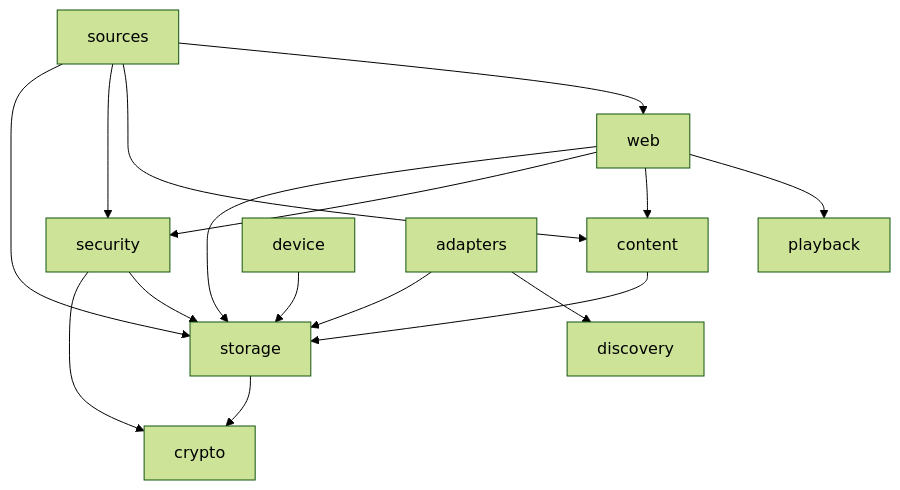
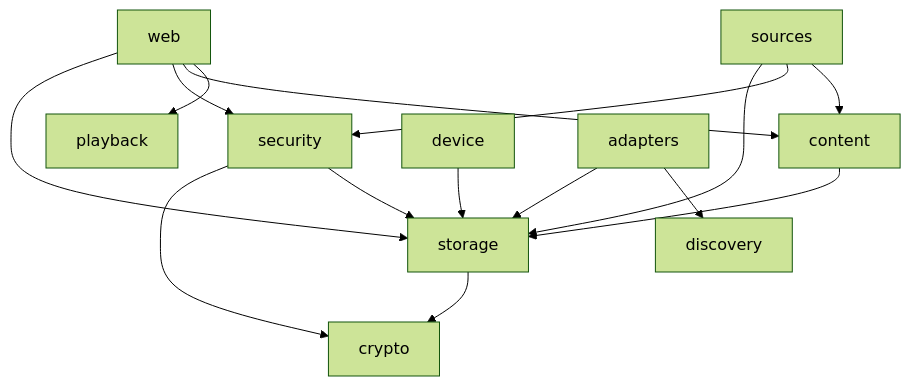
One commit to Yukuhu/home-control changed the diagram in docs/dev/architecture.md. Above: the diagram before and after it, drawn with Mermaid (forest theme). The commit also changed other lines of this file and 2 other files, not shown here.

````diff
--- a/docs/dev/architecture.md
+++ b/docs/dev/architecture.md
@@ -32,18 +32,17 @@
 ```mermaid
 flowchart TD
-    sources --> web
     sources --> content
     sources --> security
     sources --> storage
     web --> playback
     web --> content
     web --> security
     web --> storage
     content --> storage
     device --> storage
     adapters --> discovery
     adapters --> storage
     security --> storage
     security --> crypto
     storage --> crypto
 ```
````
